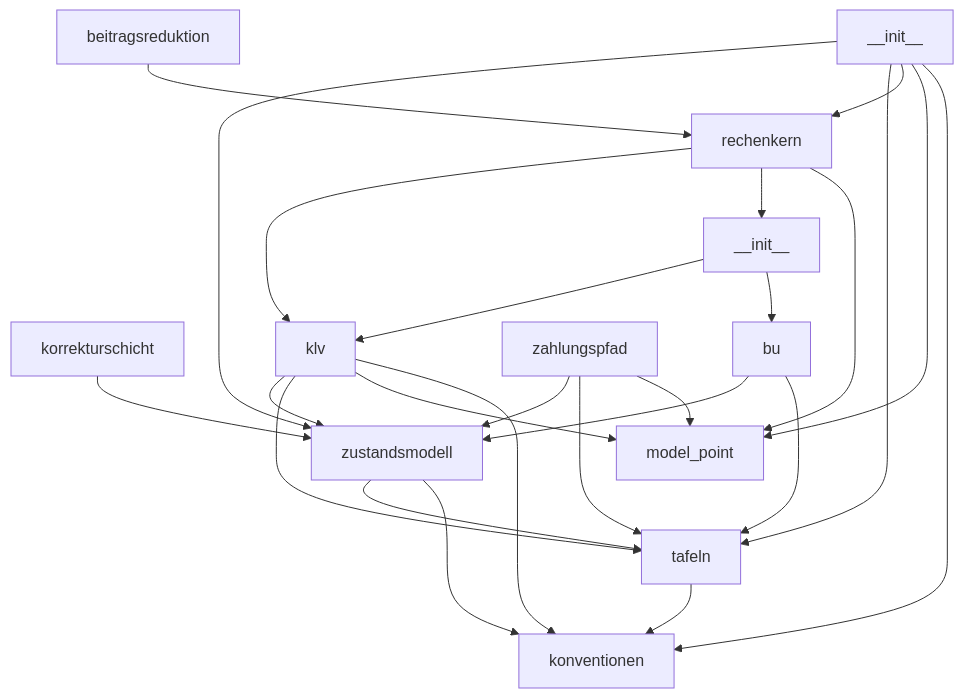
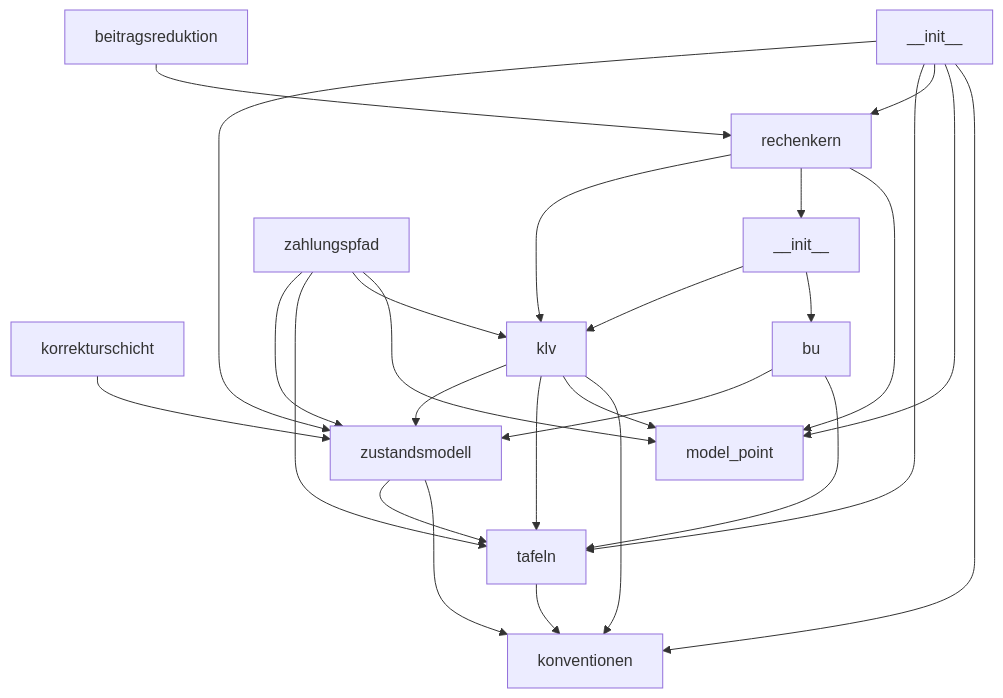
Before and after one commit to bartlmac/rechner-pipeline: the third of 3 diagrams in docs/architektur/landkarte.md, drawn with Mermaid. The commit also changed 2 other files, not shown here.

````diff
--- a/docs/architektur/landkarte.md
+++ b/docs/architektur/landkarte.md
@@ -95,40 +95,41 @@
 ```mermaid
 %% kern — erzeugt von ontologie.landkarte
 flowchart TD
     rechner_pipeline_kern___init___py["__init__"]
     rechner_pipeline_kern_beitragsreduktion_py["beitragsreduktion"]
     rechner_pipeline_kern_konventionen_py["konventionen"]
     rechner_pipeline_kern_korrekturschicht_py["korrekturschicht"]
     rechner_pipeline_kern_model_point_py["model_point"]
     rechner_pipeline_kern_produkte___init___py["__init__"]
     rechner_pipeline_kern_produkte_bu_py["bu"]
     rechner_pipeline_kern_produkte_klv_py["klv"]
     rechner_pipeline_kern_rechenkern_py["rechenkern"]
     rechner_pipeline_kern_tafeln_py["tafeln"]
     rechner_pipeline_kern_zahlungspfad_py["zahlungspfad"]
     rechner_pipeline_kern_zustandsmodell_py["zustandsmodell"]
     rechner_pipeline_kern___init___py --> rechner_pipeline_kern_konventionen_py
     rechner_pipeline_kern___init___py --> rechner_pipeline_kern_model_point_py
     rechner_pipeline_kern___init___py --> rechner_pipeline_kern_rechenkern_py
     rechner_pipeline_kern___init___py --> rechner_pipeline_kern_tafeln_py
     rechner_pipeline_kern___init___py --> rechner_pipeline_kern_zustandsmodell_py
     rechner_pipeline_kern_beitragsreduktion_py --> rechner_pipeline_kern_rechenkern_py
     rechner_pipeline_kern_korrekturschicht_py --> rechner_pipeline_kern_zustandsmodell_py
     rechner_pipeline_kern_produkte___init___py --> rechner_pipeline_kern_produkte_bu_py
     rechner_pipeline_kern_produkte___init___py --> rechner_pipeline_kern_produkte_klv_py
     rechner_pipeline_kern_produkte_bu_py --> rechner_pipeline_kern_tafeln_py
     rechner_pipeline_kern_produkte_bu_py --> rechner_pipeline_kern_zustandsmodell_py
     rechner_pipeline_kern_produkte_klv_py --> rechner_pipeline_kern_konventionen_py
     rechner_pipeline_kern_produkte_klv_py --> rechner_pipeline_kern_model_point_py
     rechner_pipeline_kern_produkte_klv_py --> rechner_pipeline_kern_tafeln_py
     rechner_pipeline_kern_produkte_klv_py --> rechner_pipeline_kern_zustandsmodell_py
     rechner_pipeline_kern_rechenkern_py --> rechner_pipeline_kern_model_point_py
     rechner_pipeline_kern_rechenkern_py --> rechner_pipeline_kern_produkte___init___py
     rechner_pipeline_kern_rechenkern_py --> rechner_pipeline_kern_produkte_klv_py
     rechner_pipeline_kern_tafeln_py --> rechner_pipeline_kern_konventionen_py
     rechner_pipeline_kern_zahlungspfad_py --> rechner_pipeline_kern_model_point_py
+    rechner_pipeline_kern_zahlungspfad_py --> rechner_pipeline_kern_produkte_klv_py
     rechner_pipeline_kern_zahlungspfad_py --> rechner_pipeline_kern_tafeln_py
     rechner_pipeline_kern_zahlungspfad_py --> rechner_pipeline_kern_zustandsmodell_py
     rechner_pipeline_kern_zustandsmodell_py --> rechner_pipeline_kern_konventionen_py
     rechner_pipeline_kern_zustandsmodell_py --> rechner_pipeline_kern_tafeln_py
 ```
````
